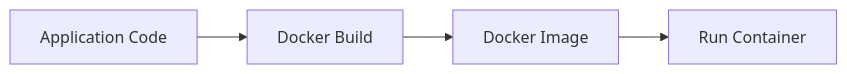
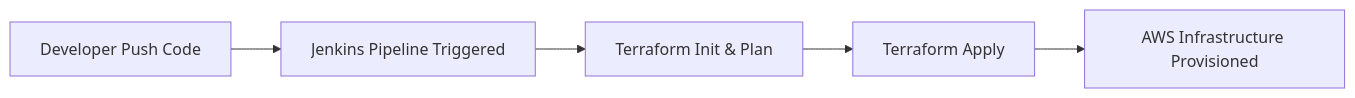
Before and after one commit to AniketFirke/-CI-CD-Projects: the third of 8 diagrams in README.md, drawn with Mermaid. The commit also changed other lines of this file, not shown here.

````diff
--- a/README.md
+++ b/README.md
@@ -88,6 +92,8 @@
 ```mermaid
 flowchart LR
-    A[Application Code] --> B[Docker Build]
-    B --> C[Docker Image]
-    C --> D[Run Container]
+    A[Developer Push Code] --> B[Jenkins Pipeline Triggered]
+    B --> C[Terraform Init & Plan]
+    C --> D[Terraform Apply]
+    D --> E[AWS Infrastructure Provisioned]
+
 ```
````
